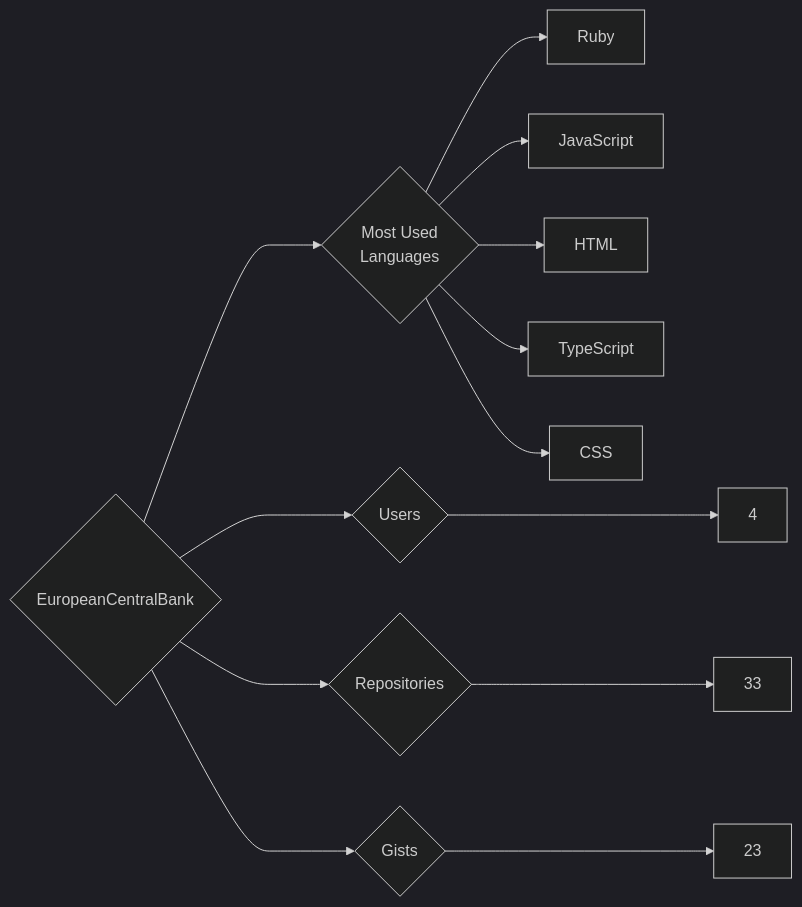
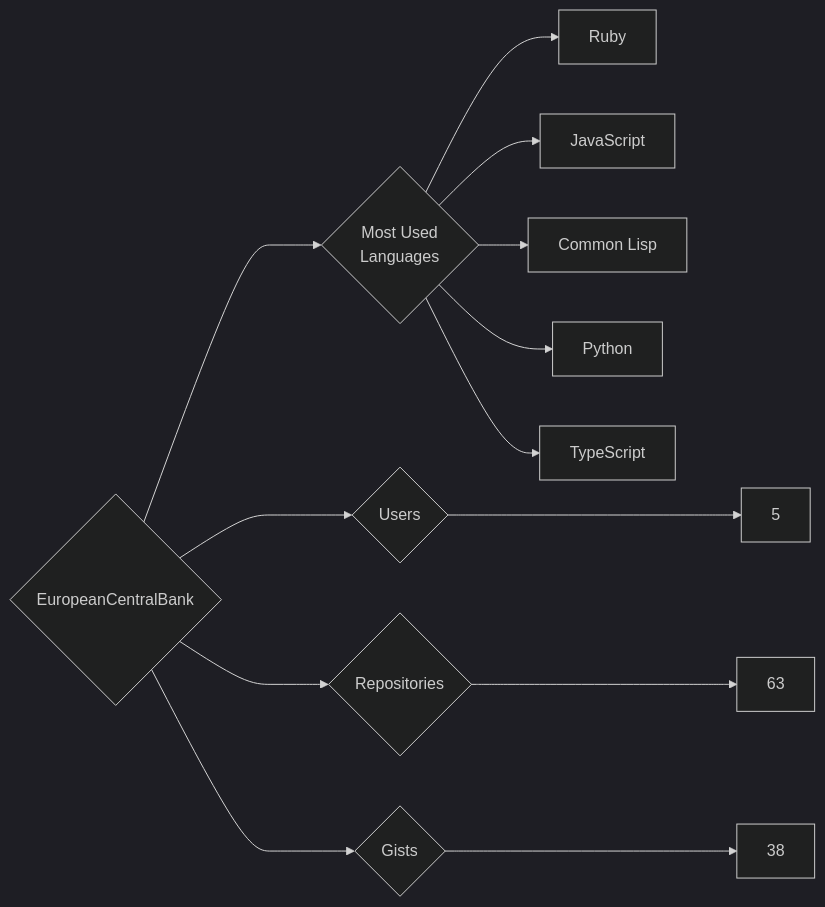
Before and after one commit to trickest/insiders: the diagram in targets/EuropeanCentralBank/README.md, drawn with Mermaid (dark theme). The commit also changed 783 other files, not shown here.

````diff
--- a/targets/EuropeanCentralBank/README.md
+++ b/targets/EuropeanCentralBank/README.md
@@ -3,13 +3,13 @@
 ```mermaid
 graph LR
 COMPANY_NAME{EuropeanCentralBank}
-COMPANY_NAME ---> U{Users} ---> UN[4]
-COMPANY_NAME ---> R{Repositories} ---> RN[33]
-COMPANY_NAME ---> G{Gists} ---> GN[23]
+COMPANY_NAME ---> U{Users} ---> UN[5]
+COMPANY_NAME ---> R{Repositories} ---> RN[63]
+COMPANY_NAME ---> G{Gists} ---> GN[38]
 COMPANY_NAME ---> ML{Most Used<br>Languages}
 ML --> Ruby[Ruby]
 ML --> JavaScript[JavaScript]
-ML --> HTML[HTML]
+ML --> Common_Lisp[Common Lisp]
+ML --> Python[Python]
 ML --> TypeScript[TypeScript]
-ML --> CSS[CSS]
 ```
````
